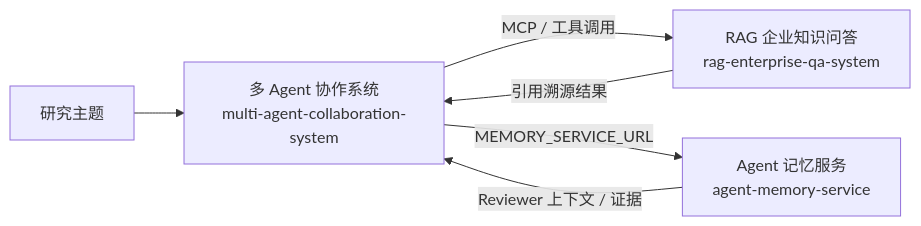
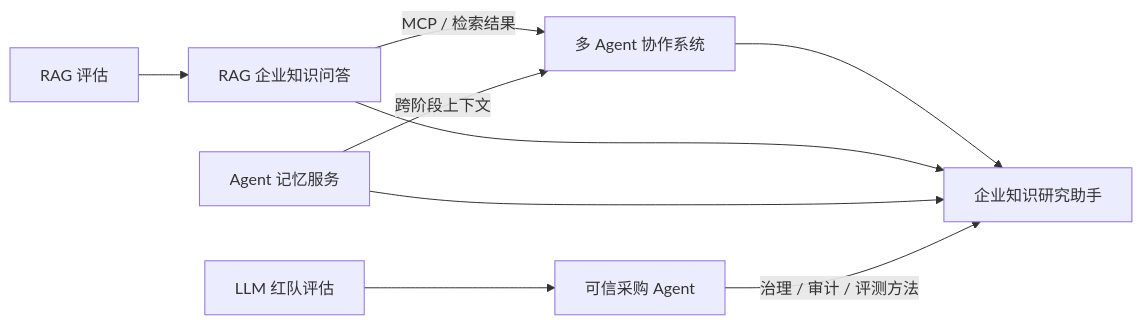
Before and after one commit to lyu549601-design/ai-agent-rag-portfolio: the diagram in README.md, drawn with Mermaid. The commit also changed other lines of this file and 1 other file, not shown here.

Commit message:
feat: 收录 research-agent 并按技术强度排序

````diff
--- a/README.md
+++ b/README.md
@@ -19,8 +200,11 @@
 ```mermaid
 flowchart LR
-    T[研究主题] --> MACS[多 Agent 协作系统<br/>multi-agent-collaboration-system]
-    MACS -->|MCP / 工具调用| RAG[RAG 企业知识问答<br/>rag-enterprise-qa-system]
-    MACS -->|MEMORY_SERVICE_URL| MEM[Agent 记忆服务<br/>agent-memory-service]
-    RAG -->|引用溯源结果| MACS
-    MEM -->|Reviewer 上下文 / 证据| MACS
+    RT[LLM 红队评估] --> TP[可信采购 Agent]
+    RE[RAG 评估] --> RAG[RAG 企业知识问答]
+    RAG -->|MCP / 检索结果| MAS[多 Agent 协作系统]
+    MEM[Agent 记忆服务] -->|跨阶段上下文| MAS
+    MAS --> RA[企业知识研究助手]
+    RAG --> RA
+    MEM --> RA
+    TP -->|治理 / 审计 / 评测方法| RA
 ```
````
